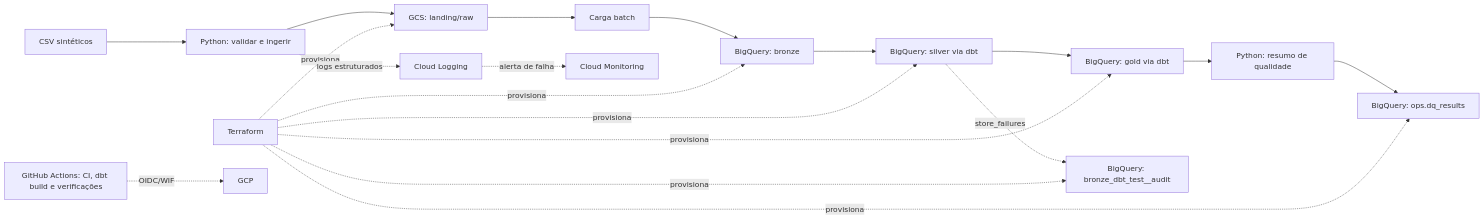
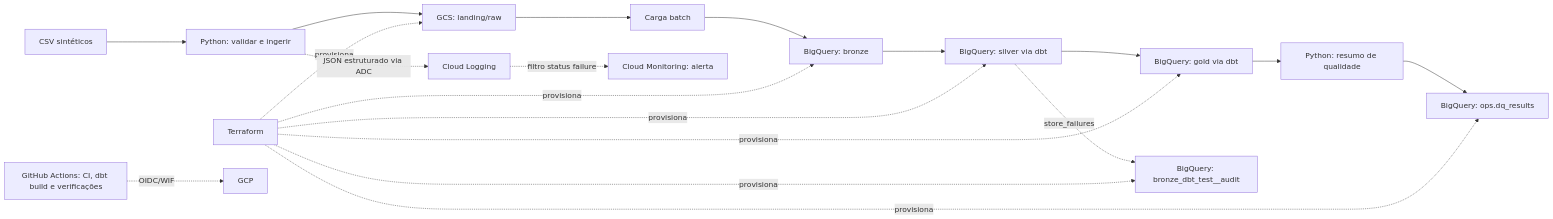
Before and after one commit to belemdebelem/lakehouse-financeiro-gcp: the diagram in docs/architecture.md, drawn with Mermaid. The commit also changed other lines of this file and 21 other files, not shown here.

````diff
--- a/docs/architecture.md
+++ b/docs/architecture.md
@@ -12,22 +12,22 @@
 ```mermaid
 flowchart LR
     CSV[CSV sintéticos] --> PY[Python: validar e ingerir]
     PY --> GCS[GCS: landing/raw]
     GCS --> BQLOAD[Carga batch]
     BQLOAD --> BR[BigQuery: bronze]
     BR --> SI[BigQuery: silver via dbt]
     SI --> GO[BigQuery: gold via dbt]
     GO --> DQ[Python: resumo de qualidade]
     DQ --> OPS[BigQuery: ops.dq_results]
     SI -. store_failures .-> AUD[BigQuery: bronze_dbt_test__audit]
 
     TF[Terraform] -. provisiona .-> GCS
     TF -. provisiona .-> BR
     TF -. provisiona .-> SI
     TF -. provisiona .-> GO
     TF -. provisiona .-> OPS
     TF -. provisiona .-> AUD
-    PY -. logs estruturados .-> LOG[Cloud Logging]
-    LOG -. alerta de falha .-> MON[Cloud Monitoring]
+    PY -. JSON estruturado via ADC .-> LOG[Cloud Logging]
+    LOG -. filtro status failure .-> MON[Cloud Monitoring: alerta]
     GH[GitHub Actions: CI, dbt build e verificações] -. OIDC/WIF .-> GCP[GCP]
 ```
````
